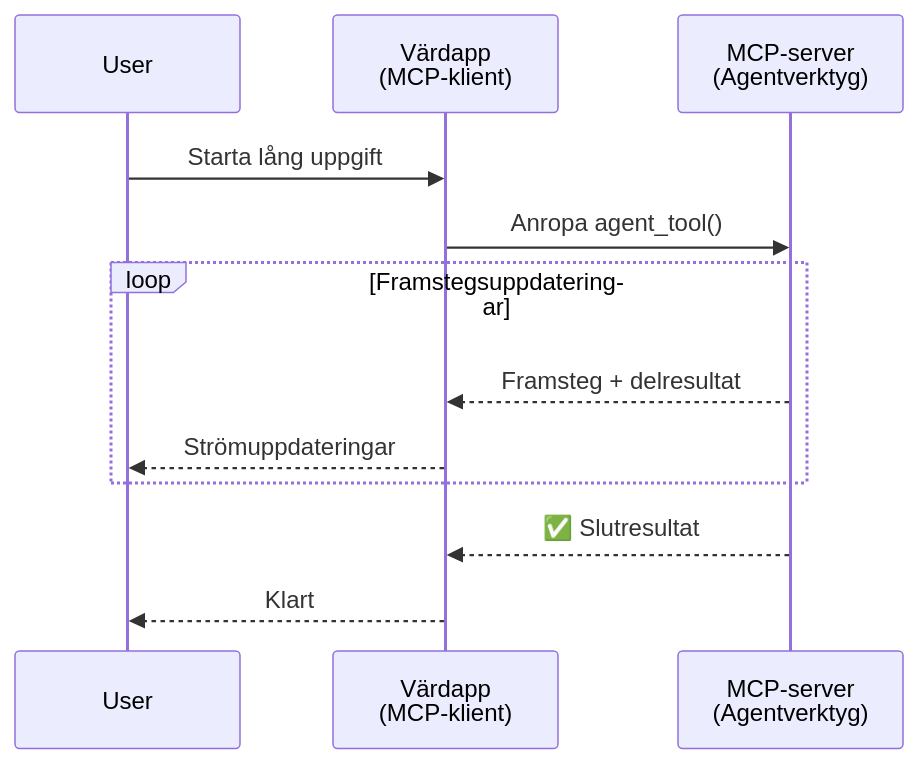
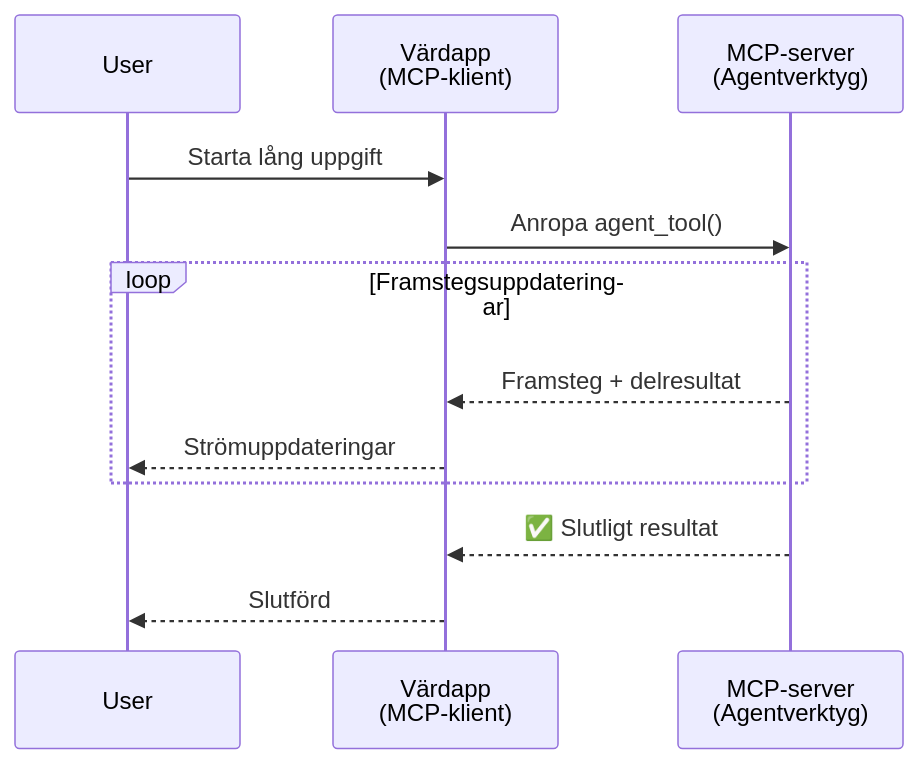
Before and after one commit to gabrielmoreira/agent-skills-mirror: the first of 5 diagrams in mirrors/repos/microsoft@ai-agents-for-beginners/translations/sv/11-agentic-protocols/code_samples/mcp-agents/README.md, drawn with Mermaid. The commit also changed other lines of this file and 4262 other files, not shown here.

````diff
--- a/mirrors/repos/microsoft@ai-agents-for-beginners/translations/sv/11-agentic-protocols/code_samples/mcp-agents/README.md
+++ b/mirrors/repos/microsoft@ai-agents-for-beginners/translations/sv/11-agentic-protocols/code_samples/mcp-agents/README.md
@@ -46,17 +46,17 @@
 ```mermaid
 sequenceDiagram
     participant User
     participant Host as Värdapp<br/>(MCP-klient)
     participant Server as MCP-server<br/>(Agentverktyg)
 
     User->>Host: Starta lång uppgift
     Host->>Server: Anropa agent_tool()
 
     loop Framstegsuppdateringar
         Server-->>Host: Framsteg + delresultat
         Host-->>User: Strömuppdateringar
     end
 
-    Server-->>Host: ✅ Slutresultat
-    Host-->>User: Klart
+    Server-->>Host: ✅ Slutligt resultat
+    Host-->>User: Slutförd
 ```
````
